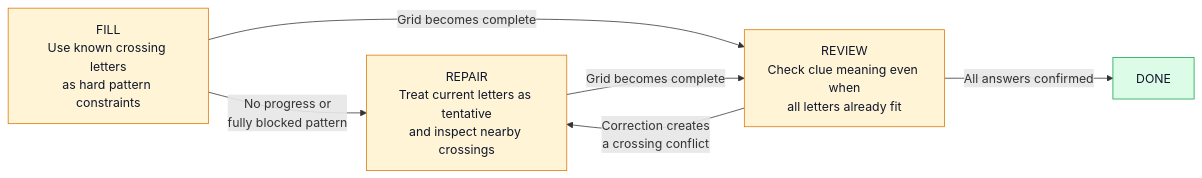
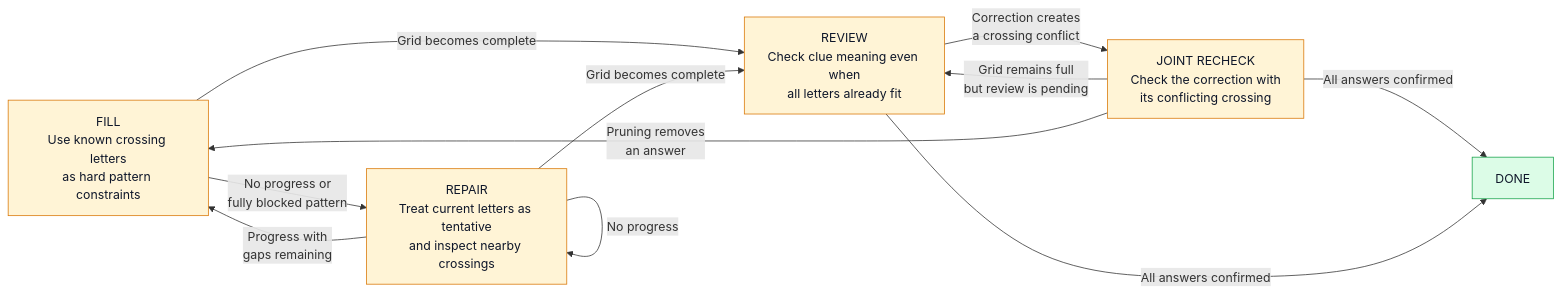
The second of 4 diagrams in ARCHITECTURE.md (ChangYeongJeong1103/crossword-ai-agent), drawn with Mermaid before and after one commit. The commit also changed other lines of this file, not shown here.

Commit message:
Align architecture with implementation

````diff
--- a/ARCHITECTURE.md
+++ b/ARCHITECTURE.md
@@ -59,17 +59,22 @@
 ```mermaid
 flowchart LR
   FILL["FILL<br/>Use known crossing letters<br/>as hard pattern constraints"]
   REPAIR["REPAIR<br/>Treat current letters as tentative<br/>and inspect nearby crossings"]
   REVIEW["REVIEW<br/>Check clue meaning even when<br/>all letters already fit"]
 
   FILL -->|"No progress or<br/>fully blocked pattern"| REPAIR
   FILL -->|"Grid becomes complete"| REVIEW
   REPAIR -->|"Grid becomes complete"| REVIEW
-  REVIEW -->|"Correction creates<br/>a crossing conflict"| REPAIR
-  REVIEW -->|"All answers confirmed"| DONE["DONE"]
+  REPAIR -->|"Progress with<br/>gaps remaining"| FILL
+  REPAIR -->|"No progress"| REPAIR
+  REVIEW -->|"Correction creates<br/>a crossing conflict"| JOINT["JOINT RECHECK<br/>Check the correction with<br/>its conflicting crossing"]
+  JOINT -->|"All answers confirmed"| DONE["DONE"]
+  JOINT -->|"Grid remains full<br/>but review is pending"| REVIEW
+  JOINT -->|"Pruning removes<br/>an answer"| FILL
+  REVIEW -->|"All answers confirmed"| DONE
 
   classDef phase fill:#fff4d6,stroke:#d97706,color:#0f172a;
   classDef done fill:#dcfce7,stroke:#16a34a,color:#0f172a;
-  class FILL,REPAIR,REVIEW phase;
+  class FILL,REPAIR,REVIEW,JOINT phase;
   class DONE done;
 ```
````
